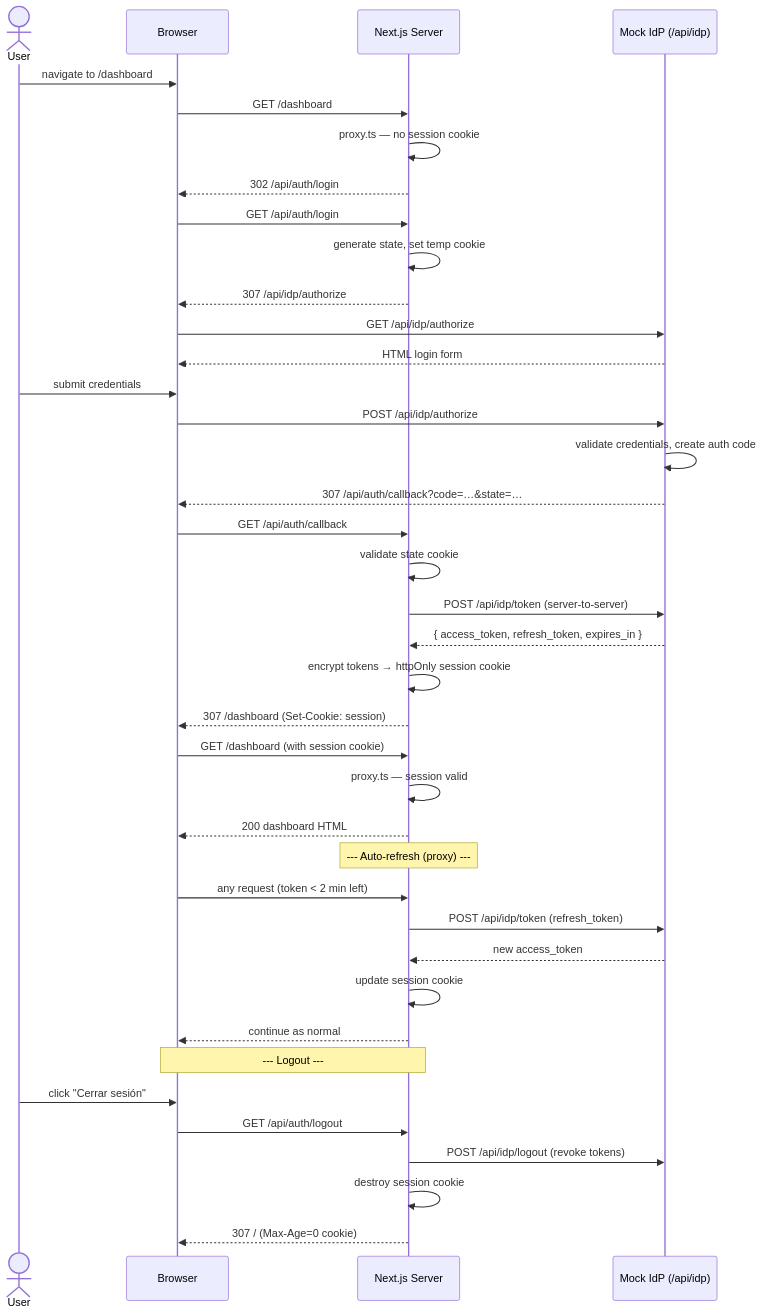
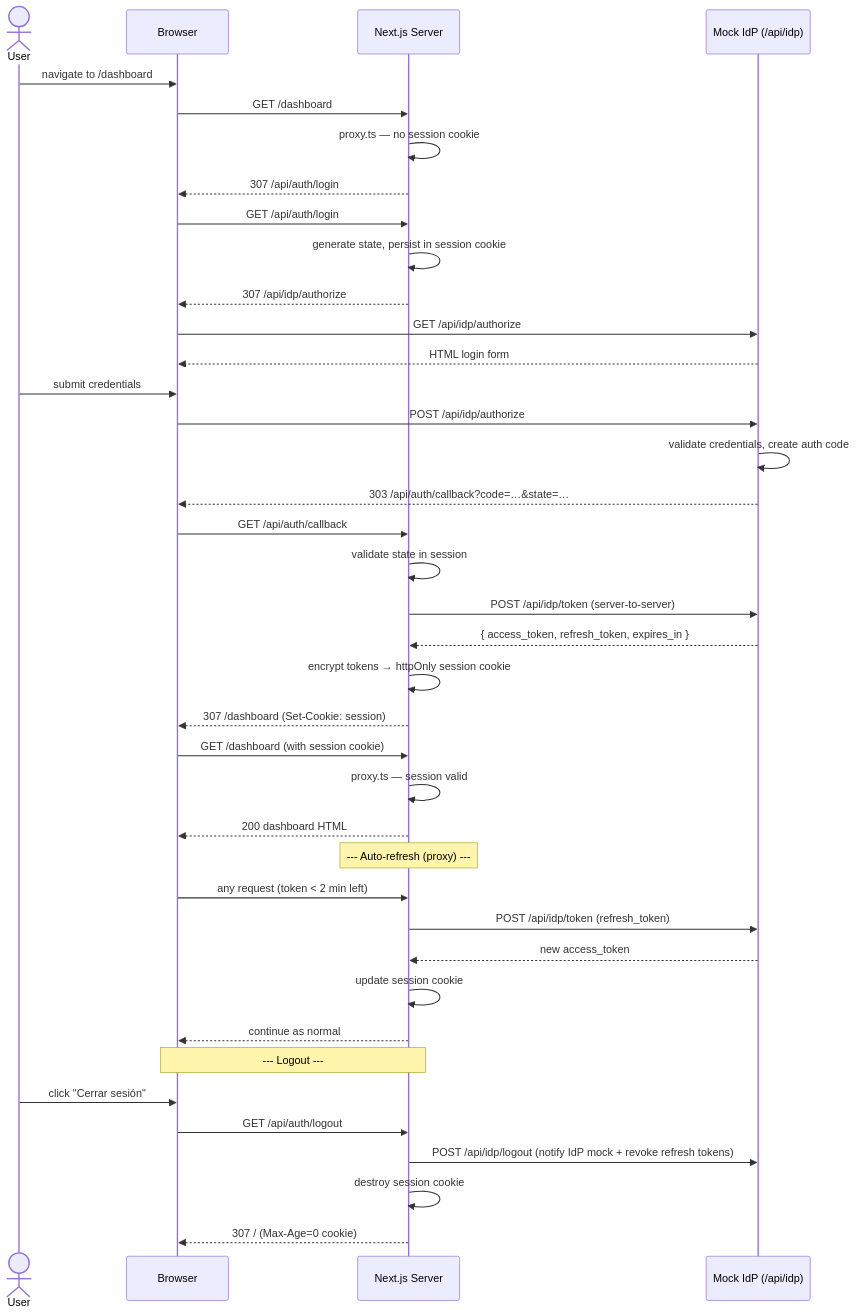
Before and after one commit to joancifo/decathlon-prueba-tecnica: the diagram in README.md, drawn with Mermaid. The commit also changed other lines of this file and 19 other files, not shown here.

Commit message:
refactor(auth): streamline OAuth flow and enhance session management

````diff
--- a/README.md
+++ b/README.md
@@ -68,49 +22,49 @@
 ```mermaid
 sequenceDiagram
     actor User
     participant Browser
     participant Next as Next.js Server
     participant IdP as Mock IdP (/api/idp)
 
     User->>Browser: navigate to /dashboard
     Browser->>Next: GET /dashboard
     Next->>Next: proxy.ts — no session cookie
-    Next-->>Browser: 302 /api/auth/login
+    Next-->>Browser: 307 /api/auth/login
 
     Browser->>Next: GET /api/auth/login
-    Next->>Next: generate state, set temp cookie
+    Next->>Next: generate state, persist in session cookie
     Next-->>Browser: 307 /api/idp/authorize
 
     Browser->>IdP: GET /api/idp/authorize
     IdP-->>Browser: HTML login form
 
     User->>Browser: submit credentials
     Browser->>IdP: POST /api/idp/authorize
     IdP->>IdP: validate credentials, create auth code
-    IdP-->>Browser: 307 /api/auth/callback?code=…&state=…
+    IdP-->>Browser: 303 /api/auth/callback?code=…&state=…
 
     Browser->>Next: GET /api/auth/callback
-    Next->>Next: validate state cookie
+    Next->>Next: validate state in session
     Next->>IdP: POST /api/idp/token (server-to-server)
     IdP-->>Next: { access_token, refresh_token, expires_in }
     Next->>Next: encrypt tokens → httpOnly session cookie
     Next-->>Browser: 307 /dashboard (Set-Cookie: session)
 
     Browser->>Next: GET /dashboard (with session cookie)
     Next->>Next: proxy.ts — session valid
     Next-->>Browser: 200 dashboard HTML
 
     note over Next: --- Auto-refresh (proxy) ---
     Browser->>Next: any request (token < 2 min left)
     Next->>IdP: POST /api/idp/token (refresh_token)
     IdP-->>Next: new access_token
     Next->>Next: update session cookie
     Next-->>Browser: continue as normal
 
     note over Browser,Next: --- Logout ---
     User->>Browser: click "Cerrar sesión"
     Browser->>Next: GET /api/auth/logout
-    Next->>IdP: POST /api/idp/logout (revoke tokens)
+    Next->>IdP: POST /api/idp/logout (notify IdP mock + revoke refresh tokens)
     Next->>Next: destroy session cookie
     Next-->>Browser: 307 / (Max-Age=0 cookie)
 ```
````
